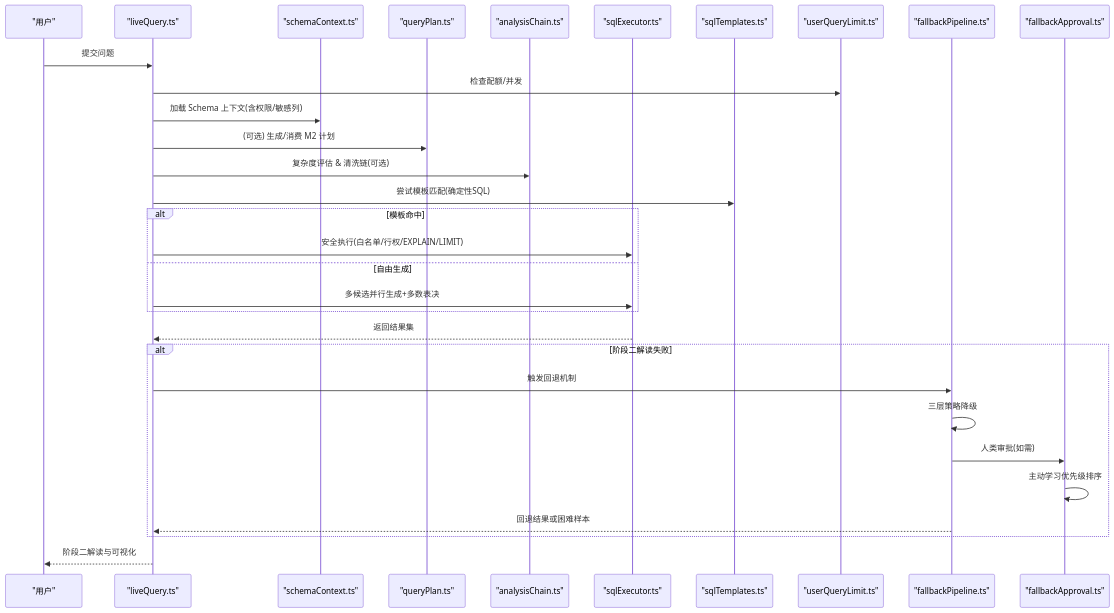
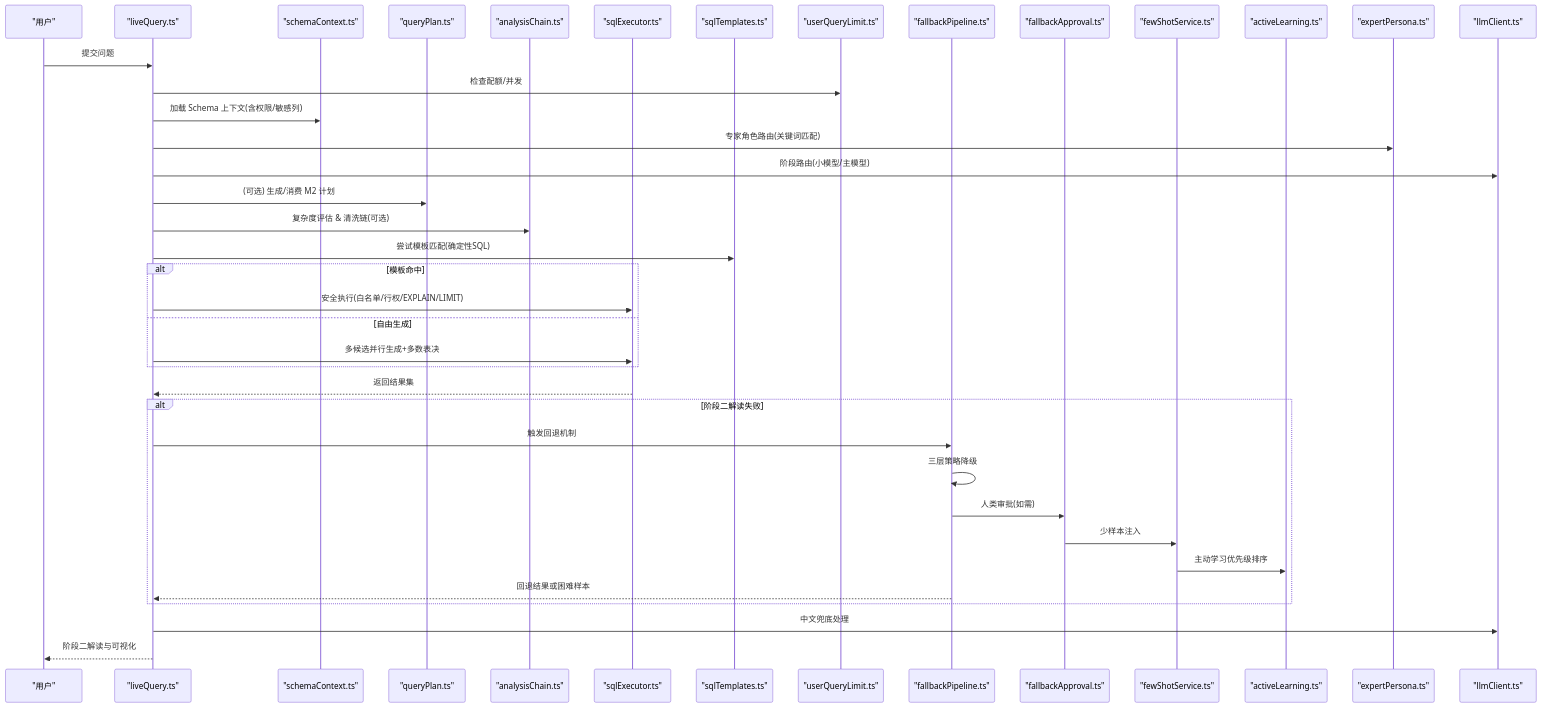
One commit to dgjin/smart-data-analytics changed the second of 16 diagrams in .qoder/repowiki/zh/content/系统架构/核心组件详解/查询处理引擎/查询处理引擎.md. Above: the diagram before and after it, drawn with Mermaid. The commit also changed other lines of this file and 100 other files, not shown here.

````diff
--- a/.qoder/repowiki/zh/content/系统架构/核心组件详解/查询处理引擎/查询处理引擎.md
+++ b/.qoder/repowiki/zh/content/系统架构/核心组件详解/查询处理引擎/查询处理引擎.md
@@ -115,33 +125,41 @@
 ```mermaid
 sequenceDiagram
 participant U as "用户"
 participant LQ as "liveQuery.ts"
 participant SC as "schemaContext.ts"
 participant PL as "queryPlan.ts"
 participant CH as "analysisChain.ts"
 participant SE as "sqlExecutor.ts"
 participant ST as "sqlTemplates.ts"
 participant UL as "userQueryLimit.ts"
 participant FB as "fallbackPipeline.ts"
 participant FA as "fallbackApproval.ts"
+participant FS as "fewShotService.ts"
+participant AL as "activeLearning.ts"
+participant EP as "expertPersona.ts"
+participant LR as "llmClient.ts"
 U->>LQ : 提交问题
 LQ->>UL : 检查配额/并发
 LQ->>SC : 加载 Schema 上下文(含权限/敏感列)
+LQ->>EP : 专家角色路由(关键词匹配)
+LQ->>LR : 阶段路由(小模型/主模型)
 LQ->>PL : (可选) 生成/消费 M2 计划
 LQ->>CH : 复杂度评估 & 清洗链(可选)
 LQ->>ST : 尝试模板匹配(确定性SQL)
 alt 模板命中
 LQ->>SE : 安全执行(白名单/行权/EXPLAIN/LIMIT)
 else 自由生成
 LQ->>SE : 多候选并行生成+多数表决
 end
 SE-->>LQ : 返回结果集
 alt 阶段二解读失败
 LQ->>FB : 触发回退机制
 FB->>FB : 三层策略降级
 FB->>FA : 人类审批(如需)
-FA->>FA : 主动学习优先级排序
+FA->>FS : 少样本注入
+FS->>AL : 主动学习优先级排序
 FB-->>LQ : 回退结果或困难样本
 end
+LQ->>LR : 中文兜底处理
 LQ-->>U : 阶段二解读与可视化
 ```
````
